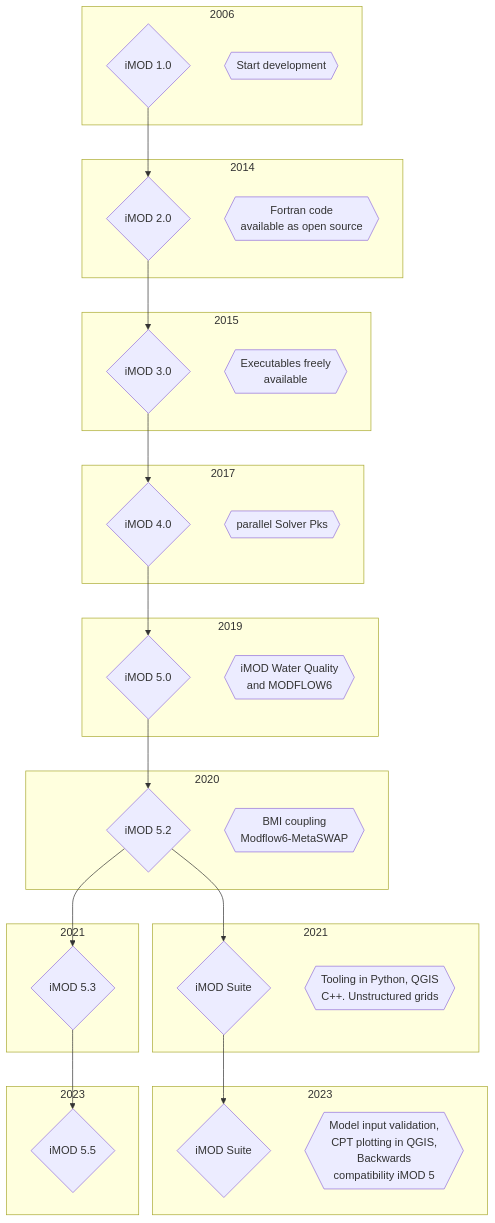
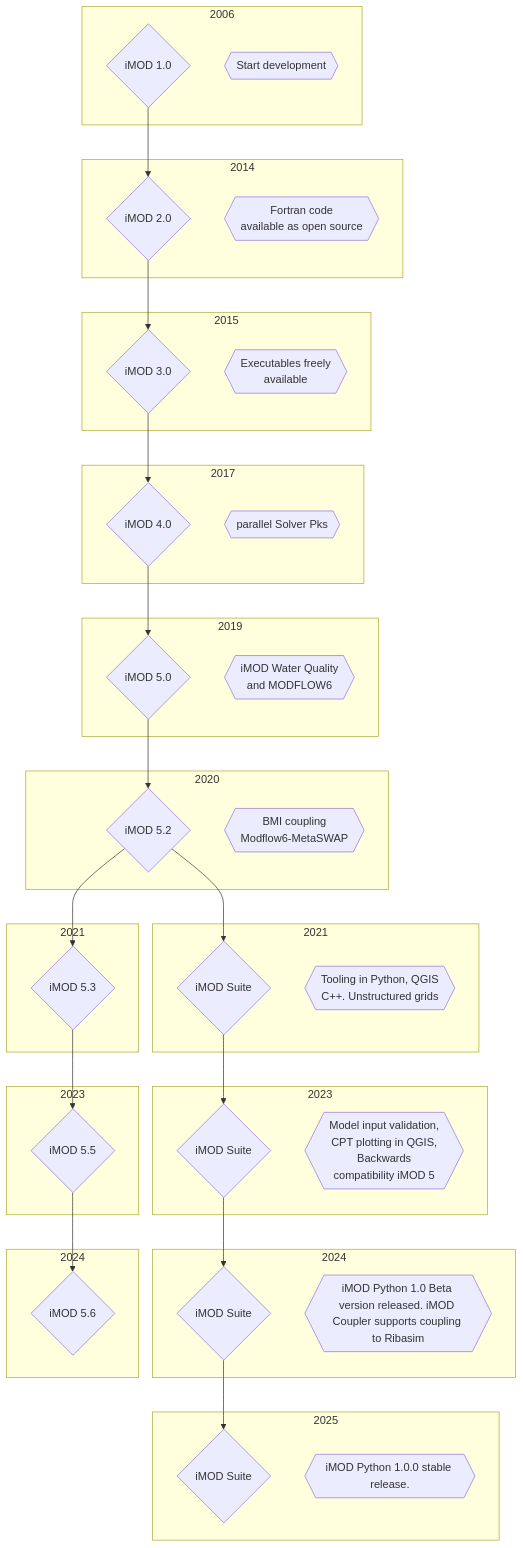
One commit to Deltares/iMOD-Documentation changed the diagram in docs/about.qmd. Above: the diagram before and after it, drawn with Mermaid. The commit also changed other lines of this file and 49 other files, not shown here.

````diff
--- a/docs/about.qmd
+++ b/docs/about.qmd
@@ -71,50 +75,65 @@
 ```{mermaid}
 flowchart TB
   subgraph 2006
   A{iMOD 1.0}
   X{{Start development}}
   end
   A --> B{iMOD 2.0}
   subgraph 2014
   B
-  Y{{Fortran code \n available as open source}}
+  Y{{Fortran code <br/> available as open source}}
   end
   B --> C{iMOD 3.0}
   subgraph 2015
   C
-  Z{{Executables freely \n available}}
+  Z{{Executables freely <br/> available}}
   end
   C --> D{iMOD 4.0}
   subgraph 2017
   D
   XX{{parallel Solver Pks}}
   end
   D --> E{iMOD 5.0}
   subgraph 2019
   E
-  XY{{iMOD Water Quality \n and MODFLOW6}}
+  XY{{iMOD Water Quality <br/> and MODFLOW6}}
   end
   E --> F{iMOD 5.2}
   subgraph 2020
   F
-  XZ{{BMI coupling \n Modflow6-MetaSWAP}}
+  XZ{{BMI coupling <br/> Modflow6-MetaSWAP}}
   end
   F --> G{iMOD Suite}
   F --> H{iMOD 5.3}
   subgraph 2021
   G
-  YX{{Tooling in Python, QGIS \n C++. Unstructured grids}}
+  YX{{Tooling in Python, QGIS <br/> C++. Unstructured grids}}
   end
   subgraph 2021 
   H
   end
   H --> I{iMOD 5.5}
   G --> J{iMOD Suite}
   subgraph 2023
   I
   end
   subgraph 2023 
   J
-  YY{{Model input validation, \n CPT plotting in QGIS, \n Backwards \n compatibility iMOD 5}}
+  YY{{Model input validation, <br/> CPT plotting in QGIS, <br/> Backwards <br/> compatibility iMOD 5}}
   end
+  I --> K{iMOD 5.6}
+  J --> L{iMOD Suite}
+  subgraph 2024
+  K
+  end
+  subgraph 2024 
+  L
+  YZ{{iMOD Python 1.0 Beta version released. iMOD Coupler supports coupling to Ribasim}}
+  end
+  L --> M{iMOD Suite}
+  subgraph 2025
+  M
+  ZX{{iMOD Python 1.0.0 stable release.}}
+  end
+
 ```
````
